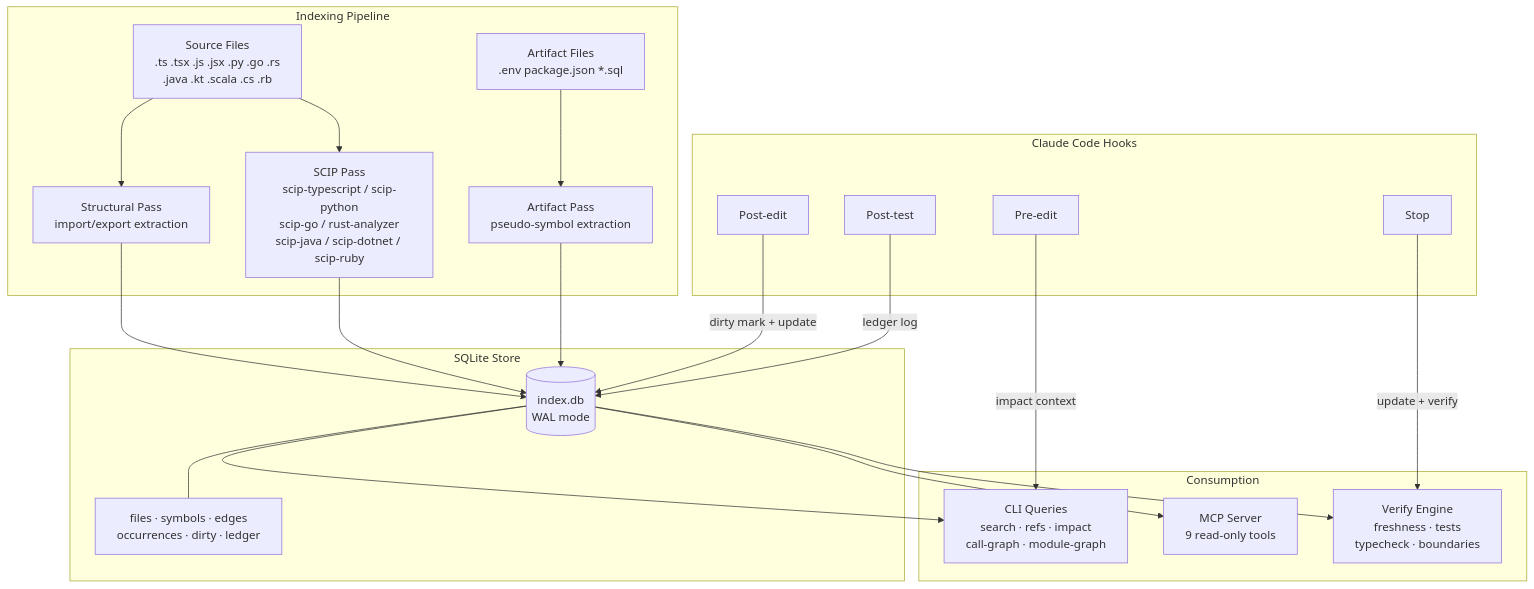
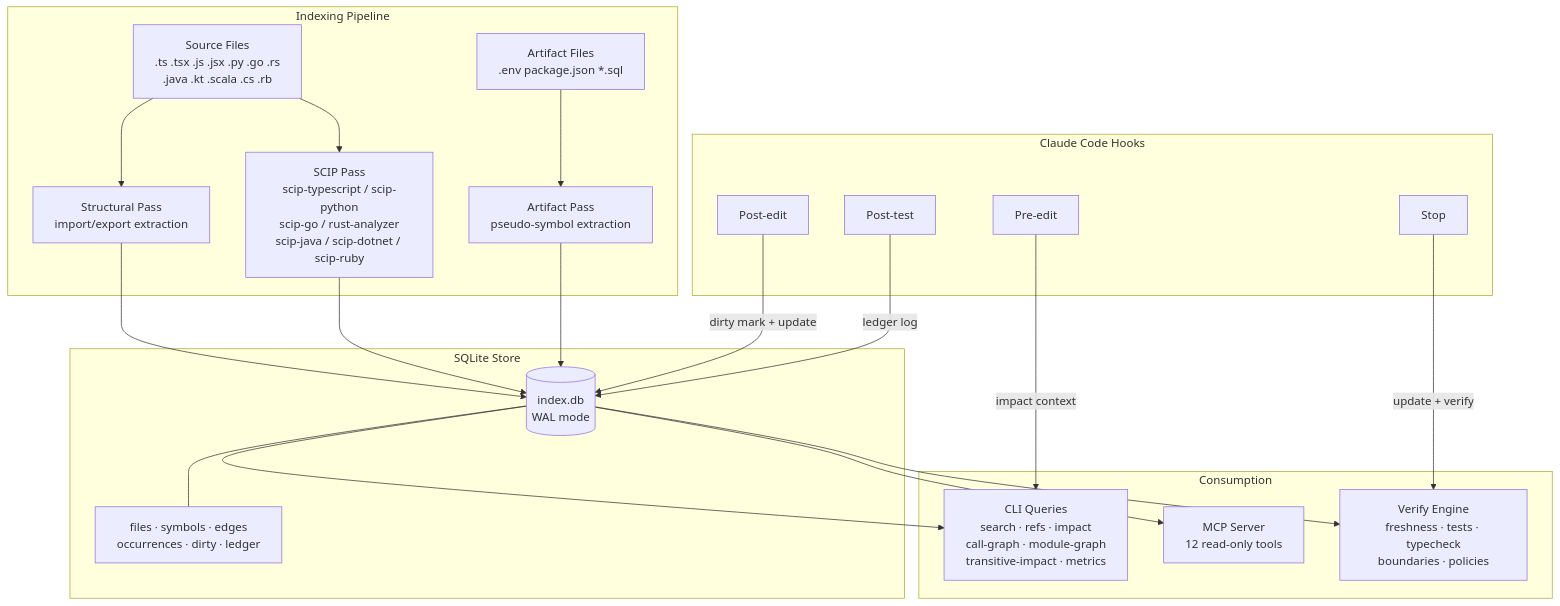
Before and after one commit to simonrueba/repograph: the diagram in README.md, drawn with Mermaid. The commit also changed other lines of this file and 15 other files, not shown here.

First line of the commit message:
feat: add transitive impact analysis, structural metrics, and policy engine

````diff
--- a/README.md
+++ b/README.md
@@ -169,28 +225,28 @@
 ```mermaid
 graph TD
     subgraph Indexing Pipeline
         A[Source Files<br>.ts .tsx .js .jsx .py .go .rs<br>.java .kt .scala .cs .rb] --> B[Structural Pass<br>import/export extraction]
         A --> C[SCIP Pass<br>scip-typescript / scip-python<br>scip-go / rust-analyzer<br>scip-java / scip-dotnet / scip-ruby]
         D[Artifact Files<br>.env package.json *.sql] --> E[Artifact Pass<br>pseudo-symbol extraction]
     end
 
     subgraph SQLite Store
         B --> F[(index.db<br>WAL mode)]
         C --> F
         E --> F
         F --- G[files · symbols · edges<br>occurrences · dirty · ledger]
     end
 
     subgraph Consumption
-        F --> H[CLI Queries<br>search · refs · impact<br>call-graph · module-graph]
-        F --> I[MCP Server<br>9 read-only tools]
-        F --> J[Verify Engine<br>freshness · tests<br>typecheck · boundaries]
+        F --> H[CLI Queries<br>search · refs · impact<br>call-graph · module-graph<br>transitive-impact · metrics]
+        F --> I[MCP Server<br>12 read-only tools]
+        F --> J[Verify Engine<br>freshness · tests · typecheck<br>boundaries · policies]
     end
 
     subgraph Claude Code Hooks
         K[Pre-edit] -->|impact context| H
         L[Post-edit] -->|dirty mark + update| F
         M[Post-test] -->|ledger log| F
         N[Stop] -->|update + verify| J
     end
 ```
````
